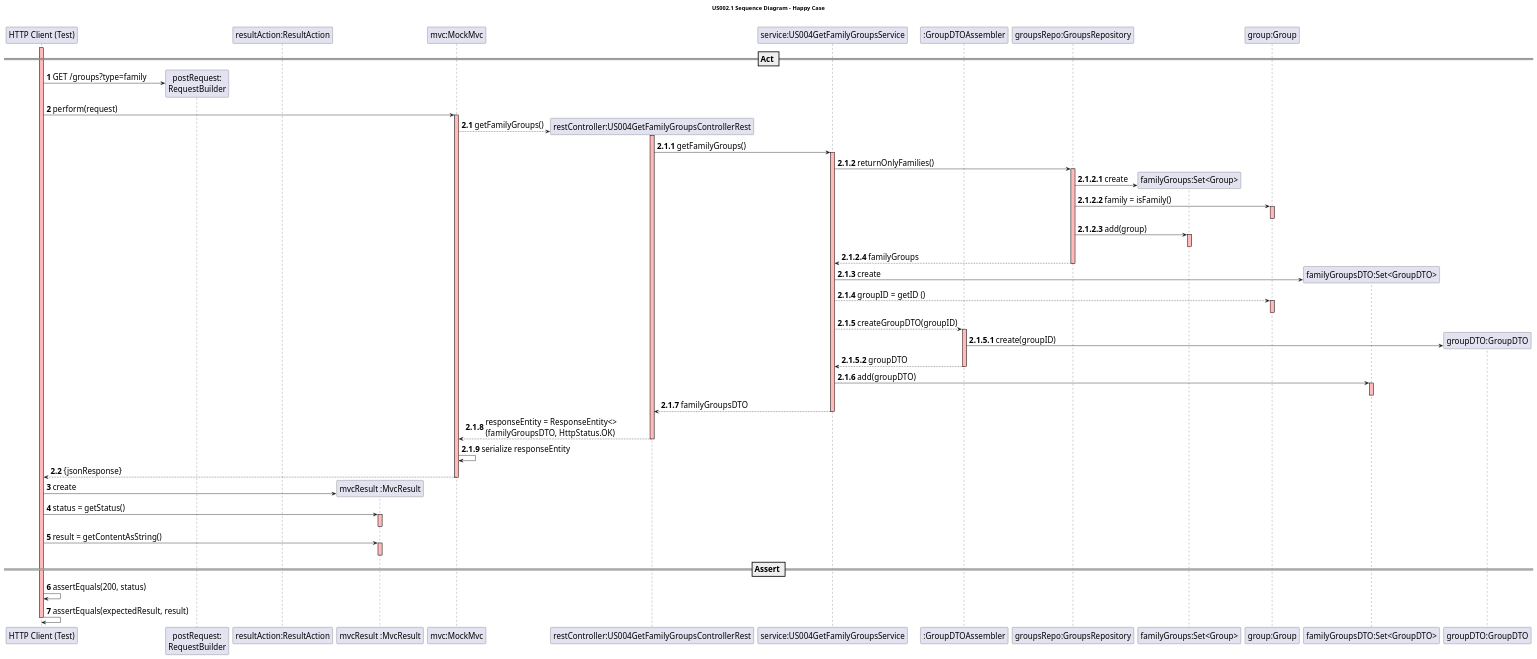
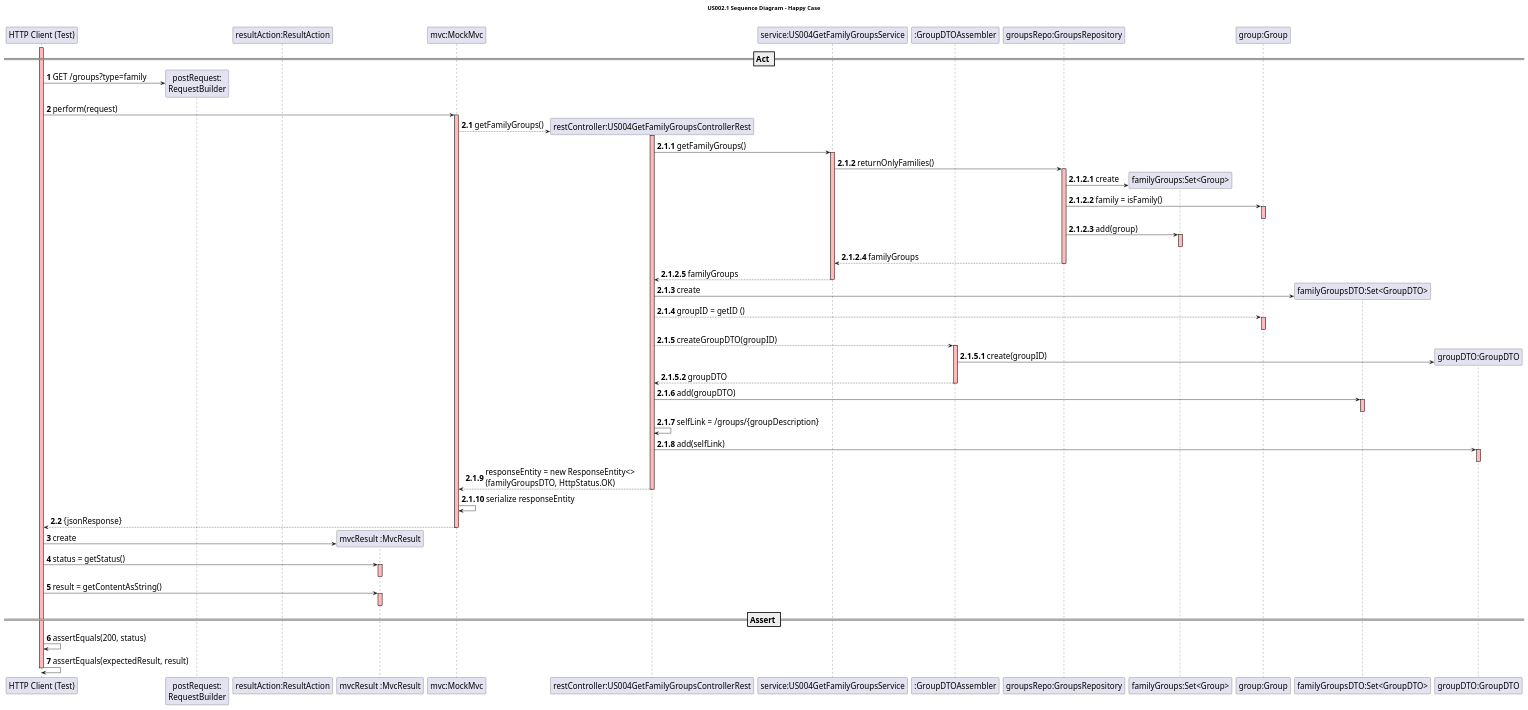
Before and after one commit to mleitaoribeiro/DevOpsMaven: the diagram in src/main/java/switch2019/project/controllerLayer/rest/US004GetFamilyGroupsControllerRest.puml, drawn with PlantUML.

Commit message:
fix #913 - added missing links

```diff
--- a/src/main/java/switch2019/project/controllerLayer/rest/US004GetFamilyGroupsControllerRest.puml
+++ b/src/main/java/switch2019/project/controllerLayer/rest/US004GetFamilyGroupsControllerRest.puml
@@ -1,106 +1,112 @@
 @startuml
 
 skinparam DefaultFontSize 20
 
 title US002.1 Sequence Diagram - Happy Case
 
 participant "HTTP Client (Test)"
 participant "postRequest:\nRequestBuilder"
 participant "resultAction:ResultAction"
 participant "mvcResult :MvcResult"
 participant "mvc:MockMvc"
 participant "restController:US004GetFamilyGroupsControllerRest"
 participant "service:US004GetFamilyGroupsService"
 participant ":GroupDTOAssembler"
 participant "groupsRepo:GroupsRepository"
 
 autonumber
 activate "HTTP Client (Test)" #FFBBBB
 
 == Act ==
 
 create "postRequest:\nRequestBuilder"
 "HTTP Client (Test)" -> "postRequest:\nRequestBuilder" : GET /groups?type=family
 
 "HTTP Client (Test)" -> "mvc:MockMvc" : perform(request)
 activate "mvc:MockMvc"  #FFBBBB
 
 autonumber 2.1
 create "restController:US004GetFamilyGroupsControllerRest"
 "mvc:MockMvc"-->"restController:US004GetFamilyGroupsControllerRest" : getFamilyGroups()
 activate "restController:US004GetFamilyGroupsControllerRest" #FFBBBB
 
 autonumber 2.1.1
 "restController:US004GetFamilyGroupsControllerRest" -> "service:US004GetFamilyGroupsService": getFamilyGroups()
 activate "service:US004GetFamilyGroupsService" #FFBBBB
 
 "service:US004GetFamilyGroupsService" -> "groupsRepo:GroupsRepository" : returnOnlyFamilies()
 activate "groupsRepo:GroupsRepository" #FFBBBB
 
 autonumber 2.1.2.1
 create "familyGroups:Set<Group>"
 "groupsRepo:GroupsRepository" -> "familyGroups:Set<Group>": create
 
 "groupsRepo:GroupsRepository" -> "group:Group" : family = isFamily()
 activate "group:Group" #FFBBBB
 deactivate "group:Group"
 
 "groupsRepo:GroupsRepository" -> "familyGroups:Set<Group>" : add(group)
 activate "familyGroups:Set<Group>" #FFBBBB
 deactivate "familyGroups:Set<Group>"
 
 "groupsRepo:GroupsRepository" --> "service:US004GetFamilyGroupsService" : familyGroups
 deactivate "groupsRepo:GroupsRepository"
 
+"service:US004GetFamilyGroupsService" --> "restController:US004GetFamilyGroupsControllerRest" : familyGroups
+deactivate "service:US004GetFamilyGroupsService"
+
 autonumber 2.1.3
 create "familyGroupsDTO:Set<GroupDTO>"
-"service:US004GetFamilyGroupsService" -> "familyGroupsDTO:Set<GroupDTO>": create
+"restController:US004GetFamilyGroupsControllerRest" -> "familyGroupsDTO:Set<GroupDTO>": create
 
-"service:US004GetFamilyGroupsService" --> "group:Group" : groupID = getID ()
+"restController:US004GetFamilyGroupsControllerRest" --> "group:Group" : groupID = getID ()
 activate "group:Group" #FFBBBB
 deactivate "group:Group"
 
-"service:US004GetFamilyGroupsService" --> ":GroupDTOAssembler" : createGroupDTO(groupID)
+"restController:US004GetFamilyGroupsControllerRest" --> ":GroupDTOAssembler" : createGroupDTO(groupID)
 activate ":GroupDTOAssembler" #FFBBBB
 
 autonumber 2.1.5.1
 create "groupDTO:GroupDTO"
 ":GroupDTOAssembler" -> "groupDTO:GroupDTO" : create(groupID)
-":GroupDTOAssembler" --> "service:US004GetFamilyGroupsService" : groupDTO
+":GroupDTOAssembler" --> "restController:US004GetFamilyGroupsControllerRest" : groupDTO
 deactivate ":GroupDTOAssembler"
 
 autonumber 2.1.6
-"service:US004GetFamilyGroupsService" -> "familyGroupsDTO:Set<GroupDTO>" : add(groupDTO)
+"restController:US004GetFamilyGroupsControllerRest" -> "familyGroupsDTO:Set<GroupDTO>" : add(groupDTO)
 activate "familyGroupsDTO:Set<GroupDTO>" #FFBBBB
 deactivate "familyGroupsDTO:Set<GroupDTO>"
 
-"service:US004GetFamilyGroupsService" --> "restController:US004GetFamilyGroupsControllerRest": familyGroupsDTO
-deactivate "service:US004GetFamilyGroupsService"
+autonumber 2.1.7
+"restController:US004GetFamilyGroupsControllerRest"->"restController:US004GetFamilyGroupsControllerRest": selfLink = /groups/{groupDescription}
+"restController:US004GetFamilyGroupsControllerRest"-> "groupDTO:GroupDTO": add(selfLink)
+activate "groupDTO:GroupDTO" #FFBBBB
+deactivate "groupDTO:GroupDTO"
 
-"restController:US004GetFamilyGroupsControllerRest" --> "mvc:MockMvc": responseEntity = ResponseEntity<> \n(familyGroupsDTO, HttpStatus.OK)
+"restController:US004GetFamilyGroupsControllerRest" --> "mvc:MockMvc": responseEntity = new ResponseEntity<> \n(familyGroupsDTO, HttpStatus.OK)
 deactivate "restController:US004GetFamilyGroupsControllerRest"
 "mvc:MockMvc" -> "mvc:MockMvc" : serialize responseEntity
 
 autonumber 2.2
 "mvc:MockMvc" --> "HTTP Client (Test)" : {jsonResponse}
 deactivate "mvc:MockMvc"
 
 autonumber 3
 create "mvcResult :MvcResult"
 "HTTP Client (Test)" -> "mvcResult :MvcResult" : create
 deactivate "resultAction:ResultAction"
 
 "HTTP Client (Test)" -> "mvcResult :MvcResult" : status = getStatus()
 activate "mvcResult :MvcResult" #FFBBBB
 deactivate "mvcResult :MvcResult"
 
 "HTTP Client (Test)" -> "mvcResult :MvcResult" : result = getContentAsString()
 activate "mvcResult :MvcResult" #FFBBBB
 deactivate "mvcResult :MvcResult"
 
 == Assert ==
 "HTTP Client (Test)" -> "HTTP Client (Test)" : assertEquals(200, status)
 "HTTP Client (Test)" -> "HTTP Client (Test)" : assertEquals(expectedResult, result)
 deactivate "HTTP Client (Test)"
 
 @enduml
```
